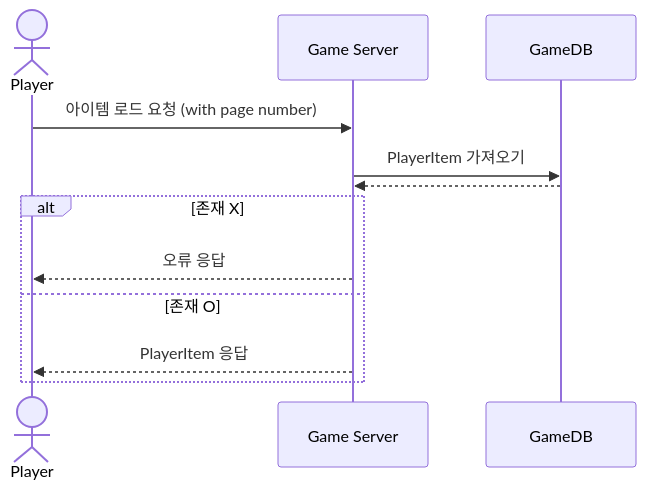
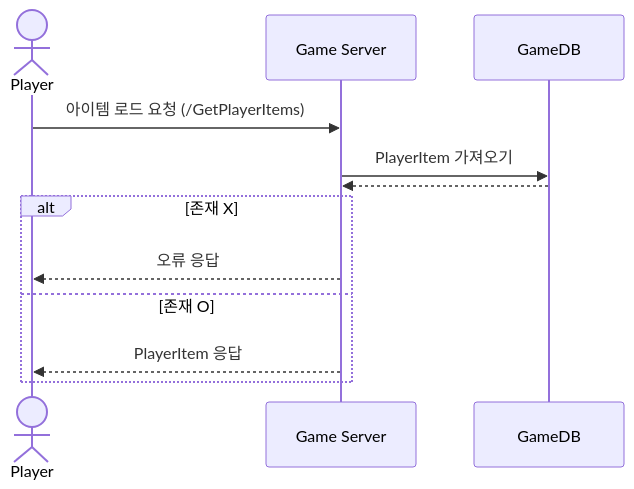
Before and after one commit to yujinS0/Omok-Game: the diagram in SequenceDiagram/Item.md, drawn with Mermaid. The commit also changed other lines of this file, not shown here.

````diff
--- a/SequenceDiagram/Item.md
+++ b/SequenceDiagram/Item.md
@@ -7,15 +7,15 @@
 ```mermaid
 sequenceDiagram
 	actor Player
 	participant Game Server
   participant GameDB
 
-	Player ->> Game Server : 아이템 로드 요청 (with page number)
+	Player ->> Game Server : 아이템 로드 요청 (/GetPlayerItems)
 	Game Server ->> GameDB : PlayerItem 가져오기
 	GameDB -->> Game Server : 
 	alt 존재 X
 		Game Server -->> Player : 오류 응답
 	else 존재 O
 		Game Server -->> Player : PlayerItem 응답
 	end
 ```
````
